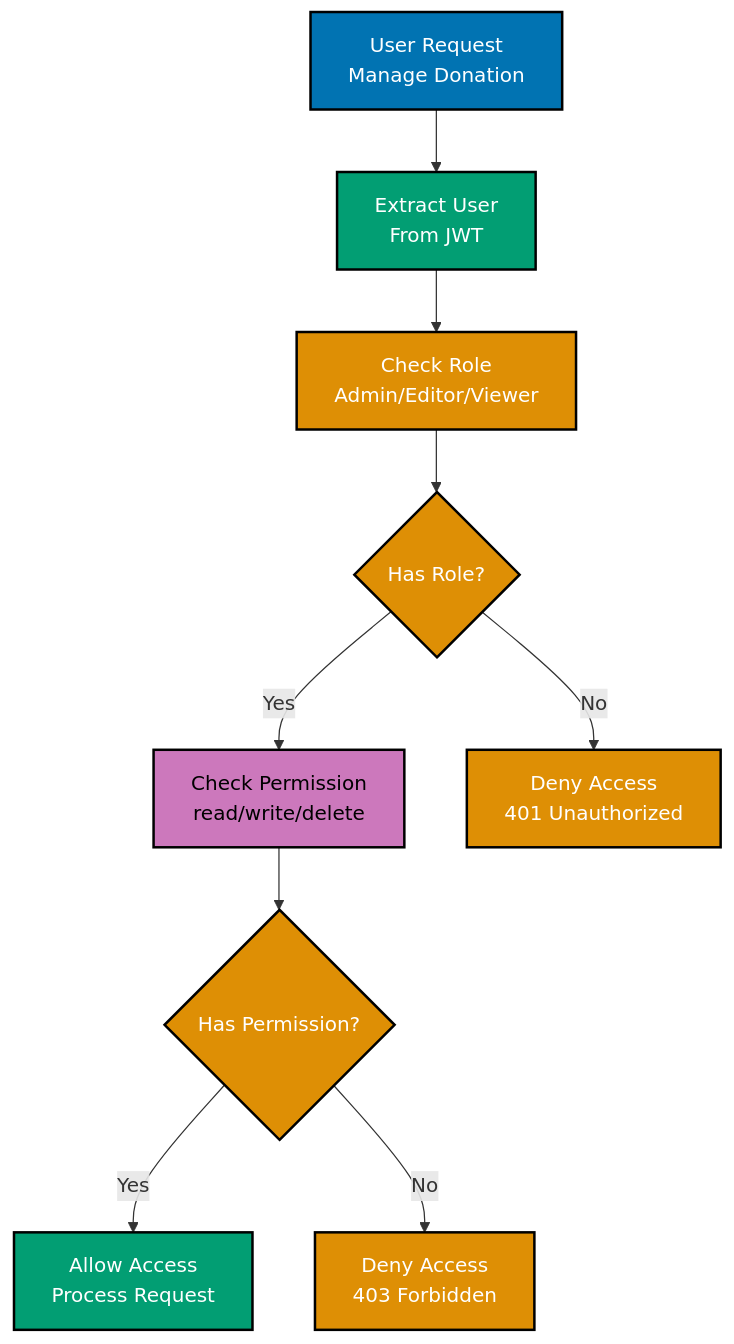
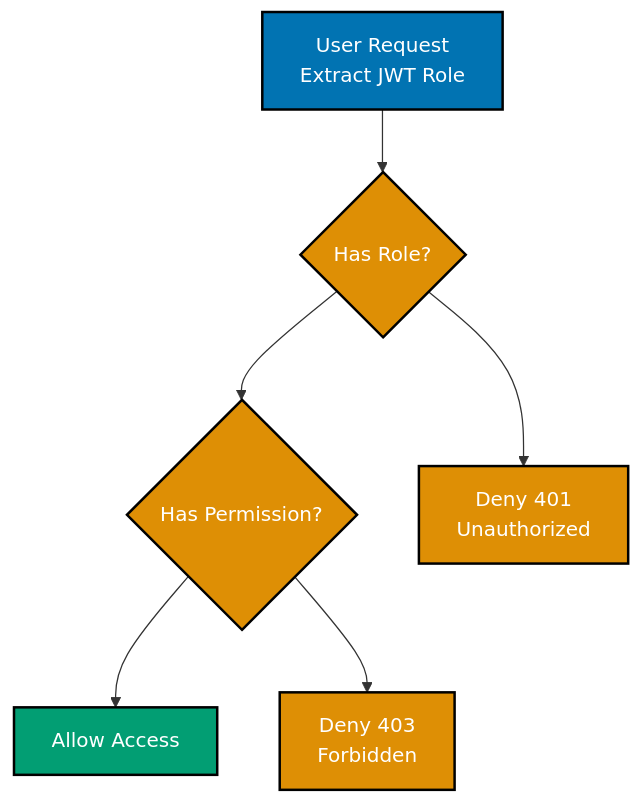
Before and after one commit to wahidyankf/open-sharia-enterprise: the fourth of 7 diagrams in docs/explanation/software-engineering/programming-languages/golang/security-standards.md, drawn with Mermaid. The commit also changed other lines of this file and 11 other files, not shown here.

First line of the commit message:
fix(docs): fix mermaid violations in golang docs

````diff
--- a/docs/explanation/software-engineering/programming-languages/golang/security-standards.md
+++ b/docs/explanation/software-engineering/programming-languages/golang/security-standards.md
@@ -1230,29 +1242,23 @@
 ```mermaid
 %% Color Palette: Blue #0173B2, Orange #DE8F05, Teal #029E73, Purple #CC78BC
 %% Role-based access control for zakat management
 
 graph TD
-    A["User Request<br/>Manage Donation"]:::blue
-    B["Extract User<br/>From JWT"]:::teal
-    C["Check Role<br/>Admin/Editor/Viewer"]:::orange
-    D{"Has Role?"}:::orange
-    E["Check Permission<br/>read/write/delete"]:::purple
-    F{"Has Permission?"}:::orange
-    G["Allow Access<br/>Process Request"]:::teal
-    H["Deny Access<br/>403 Forbidden"]:::orange
-    I["Deny Access<br/>401 Unauthorized"]:::orange
+    A["User Request<br/>Extract JWT Role"]:::blue
+    B{"Has Role?"}:::orange
+    C{"Has Permission?"}:::orange
+    D["Allow Access"]:::teal
+    E["Deny 403<br/>Forbidden"]:::orange
+    F["Deny 401<br/>Unauthorized"]:::orange
 
     A --> B
     B --> C
+    B --> F
     C --> D
-    D -->|"Yes"| E
-    D -->|"No"| I
-    E --> F
-    F -->|"Yes"| G
-    F -->|"No"| H
+    C --> E
 
     classDef blue fill:#0173B2,stroke:#000000,color:#FFFFFF,stroke-width:2px
     classDef orange fill:#DE8F05,stroke:#000000,color:#FFFFFF,stroke-width:2px
     classDef teal fill:#029E73,stroke:#000000,color:#FFFFFF,stroke-width:2px
     classDef purple fill:#CC78BC,stroke:#000000,color:#000000,stroke-width:2px
 ```
````
